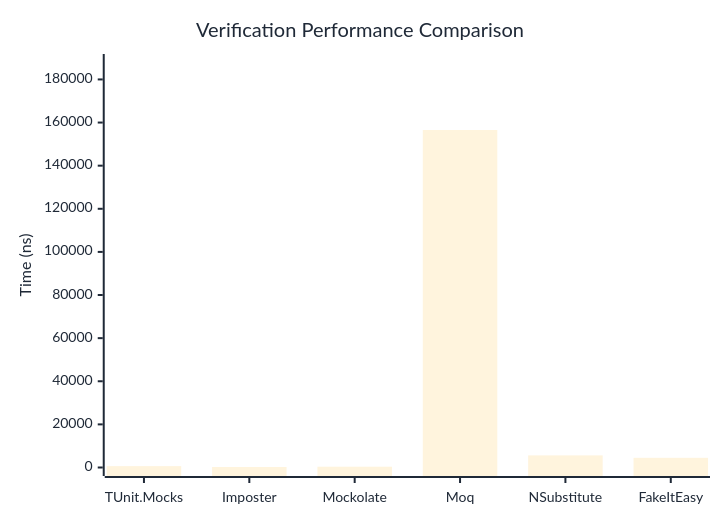
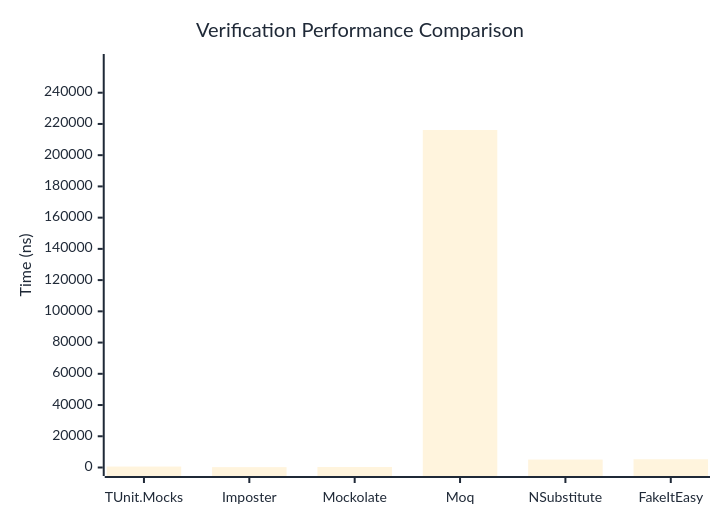
One commit to thomhurst/TUnit changed the first of 3 diagrams in docs/docs/benchmarks/mocks/Verification.md. Above: the diagram before and after it, drawn with Mermaid. The commit also changed other lines of this file and 14 other files, not shown here.

````diff
--- a/docs/docs/benchmarks/mocks/Verification.md
+++ b/docs/docs/benchmarks/mocks/Verification.md
@@ -30,27 +30,27 @@
 ```mermaid
 %%{init: {
   'theme':'base',
   'themeVariables': {
     'primaryColor': '#2563eb',
     'primaryTextColor': '#1f2937',
     'primaryBorderColor': '#1e40af',
     'lineColor': '#6b7280',
     'secondaryColor': '#7c3aed',
     'tertiaryColor': '#dc2626',
     'background': '#ffffff',
     'pie1': '#2563eb',
     'pie2': '#7c3aed',
     'pie3': '#dc2626',
     'pie4': '#f59e0b',
     'pie5': '#10b981',
     'pie6': '#06b6d4',
     'pie7': '#ec4899',
     'pie8': '#6366f1'
   }
 }}%%
 xychart-beta
   title "Verification Performance Comparison"
   x-axis ["TUnit.Mocks", "Imposter", "Mockolate", "Moq", "NSubstitute", "FakeItEasy"]
-  y-axis "Time (ns)" 0 --> 187853
-  bar [637.29, 242.59, 365.73, 156543.96, 5620.25, 4485.99]
+  y-axis "Time (ns)" 0 --> 259348
+  bar [611.05, 232.9, 320.26, 216122.59, 5076.26, 5280.18]
 ```
````
